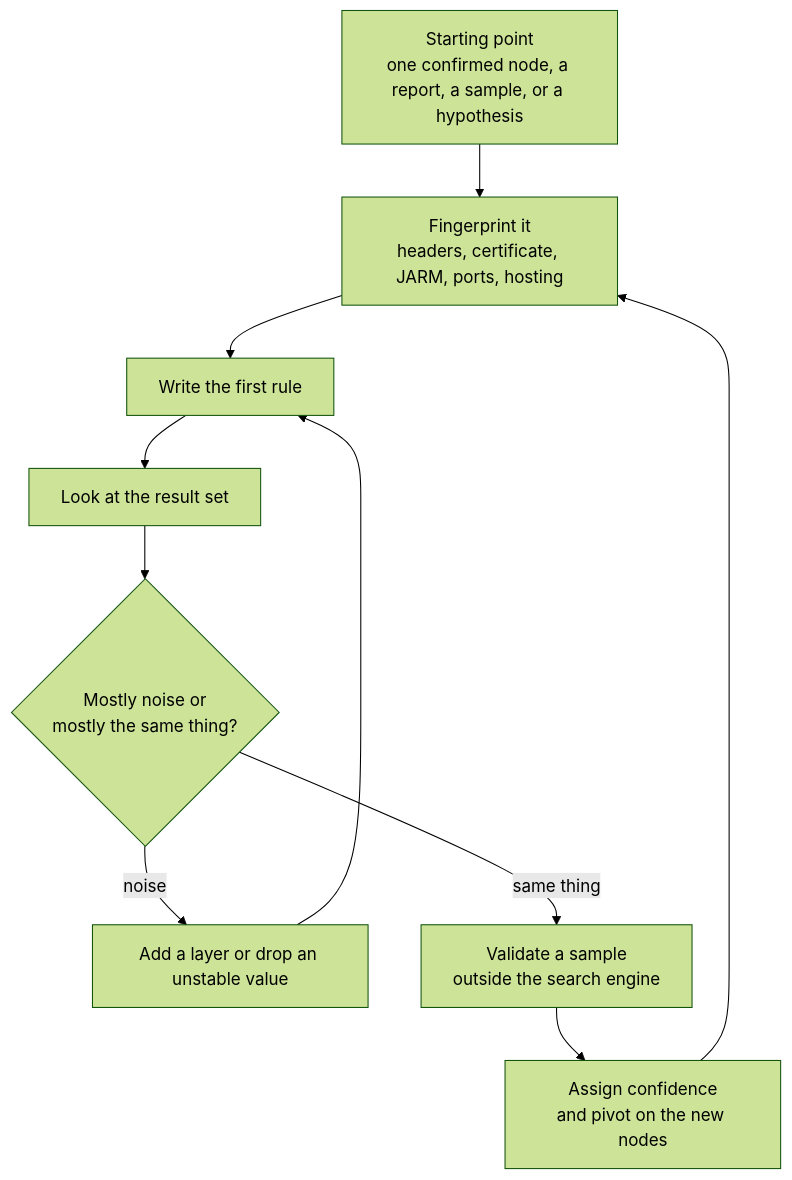
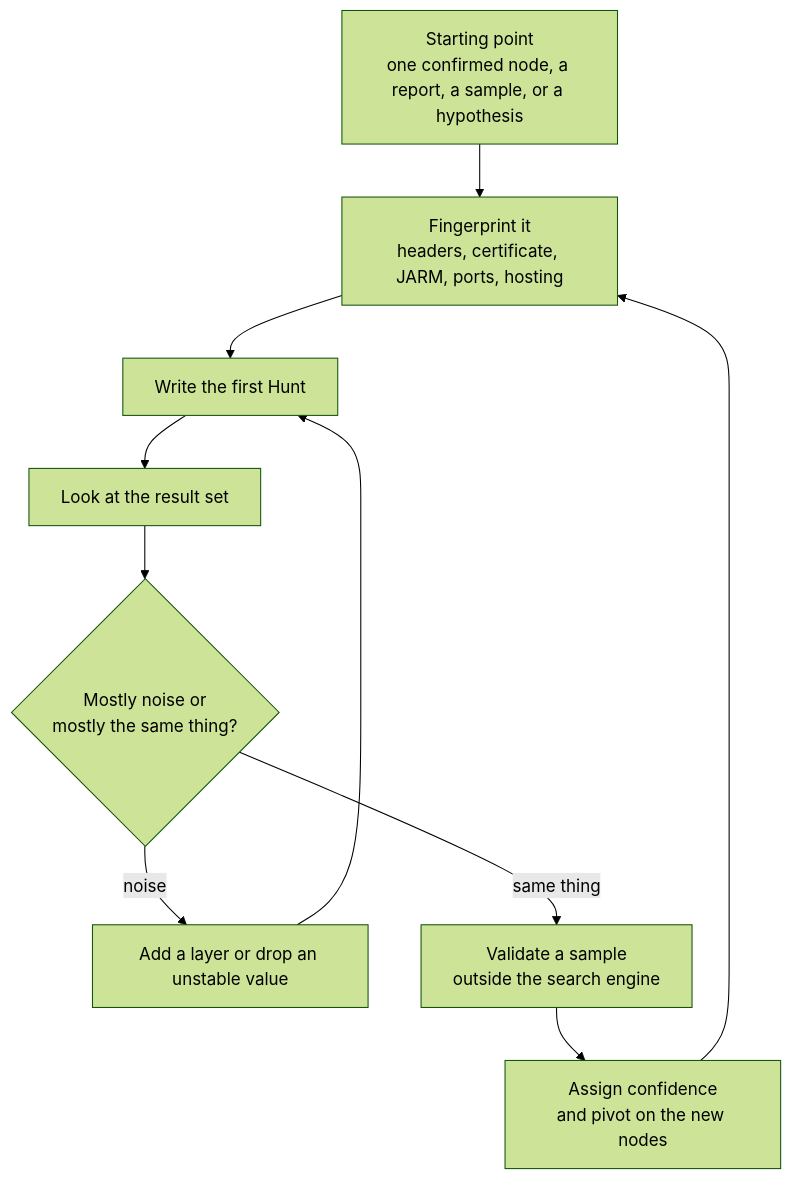
The second of 9 diagrams in _posts/2026-10-06-infrastructure-hunting-mindset.md (MuhapYahia0X2/Venom), drawn with Mermaid (forest theme) before and after one commit. The commit also changed other lines of this file and 18 other files, not shown here.

````diff
--- a/_posts/2026-10-06-infrastructure-hunting-mindset.md
+++ b/_posts/2026-10-06-infrastructure-hunting-mindset.md
@@ -111,12 +112,12 @@
 ```mermaid
 flowchart TD
  A["Starting point<br/>one confirmed node, a report, a sample, or a hypothesis"] --> B["Fingerprint it<br/>headers, certificate, JARM, ports, hosting"]
- B --> C["Write the first rule"]
+ B --> C["Write the first Hunt "]
  C --> D["Look at the result set"]
  D --> E{"Mostly noise or<br/>mostly the same thing?"}
  E -->|noise| F["Add a layer or drop an unstable value"]
  F --> C
  E -->|same thing| G["Validate a sample<br/>outside the search engine"]
  G --> H["Assign confidence<br/>and pivot on the new nodes"]
  H --> B
 ```
````
